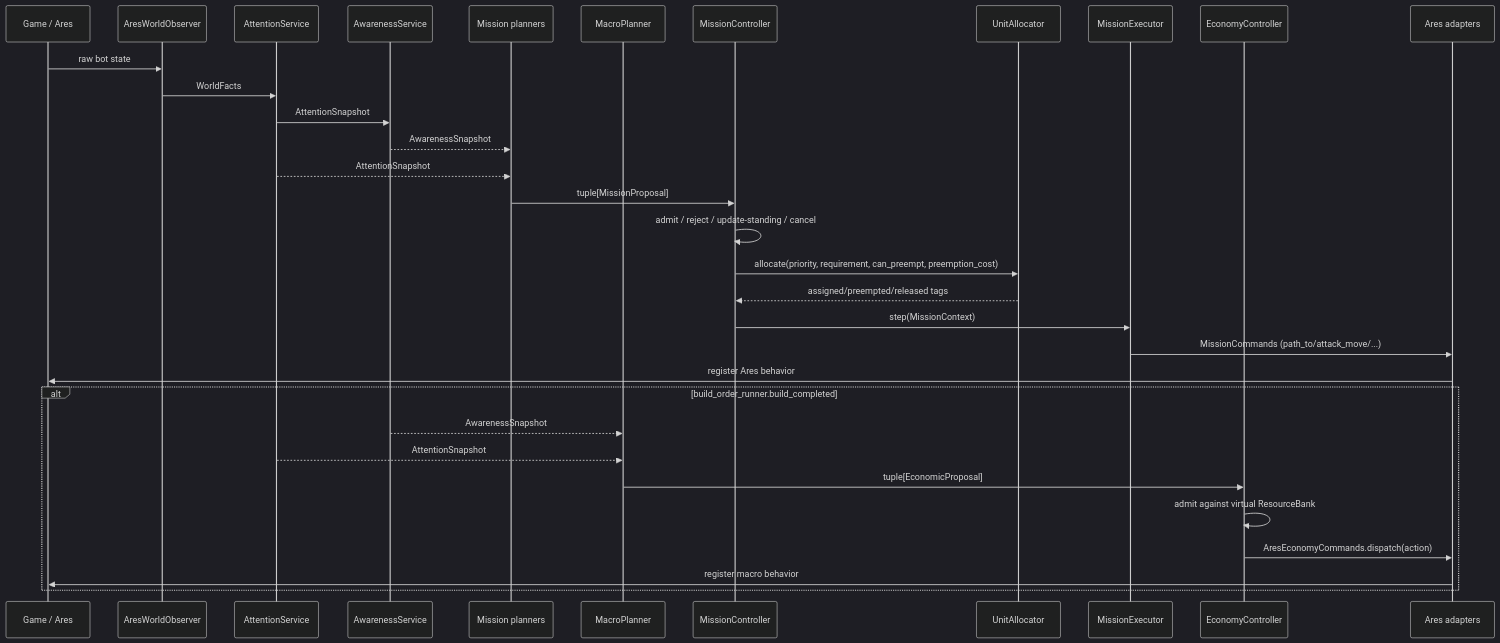
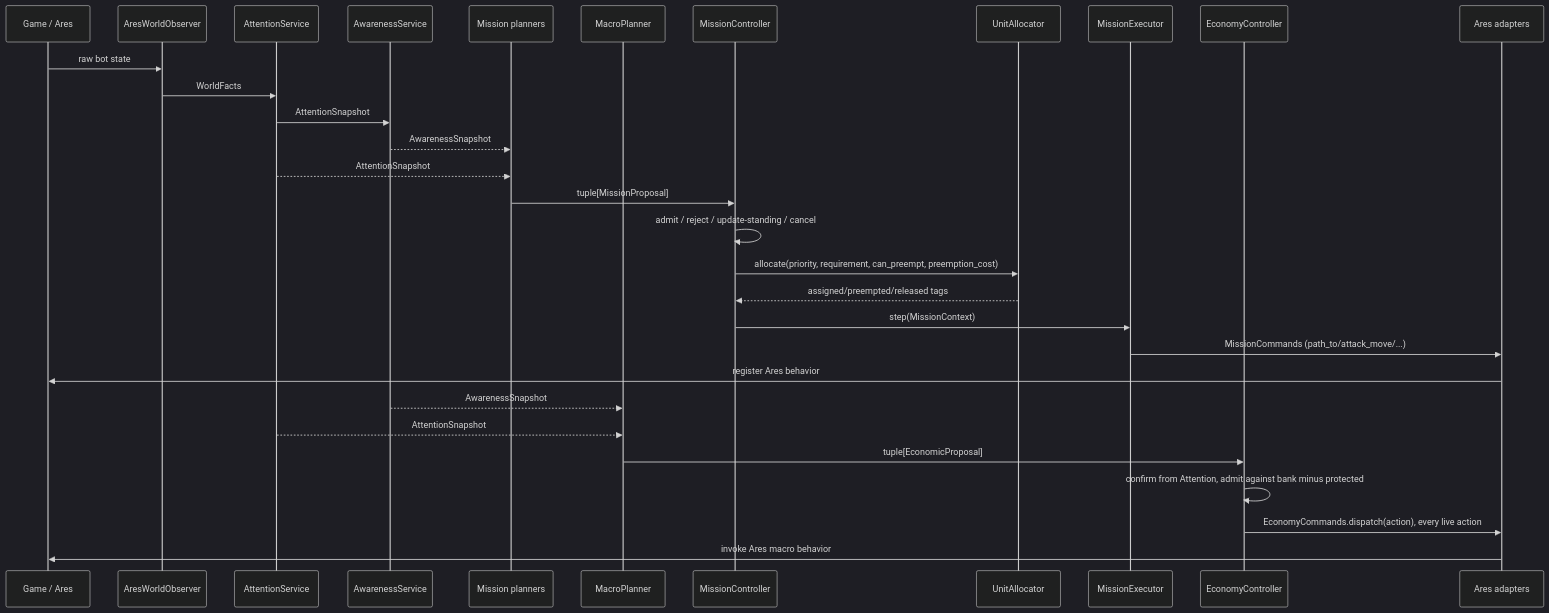
Before and after one commit to LeonardoSilvestrin/sc2bot: the first of 2 diagrams in _botdev/architecture/contracts.md, drawn with Mermaid (dark theme). The commit also changed other lines of this file and 50 other files, not shown here.

````diff
--- a/_botdev/architecture/contracts.md
+++ b/_botdev/architecture/contracts.md
@@ -87,36 +100,34 @@
 ```mermaid
 sequenceDiagram
     participant Ares as Game / Ares
     participant Obs as AresWorldObserver
     participant Att as AttentionService
     participant Awa as AwarenessService
     participant Pln as Mission planners
     participant Mac as MacroPlanner
     participant MC as MissionController
     participant Alloc as UnitAllocator
     participant Exec as MissionExecutor
     participant EC as EconomyController
     participant Cmd as Ares adapters
 
     Ares->>Obs: raw bot state
     Obs->>Att: WorldFacts
     Att->>Awa: AttentionSnapshot
     Awa-->>Pln: AwarenessSnapshot
     Att-->>Pln: AttentionSnapshot
     Pln->>MC: tuple[MissionProposal]
     MC->>MC: admit / reject / update-standing / cancel
     MC->>Alloc: allocate(priority, requirement, can_preempt, preemption_cost)
     Alloc-->>MC: assigned/preempted/released tags
     MC->>Exec: step(MissionContext)
     Exec->>Cmd: MissionCommands (path_to/attack_move/...)
     Cmd->>Ares: register Ares behavior
 
-    alt build_order_runner.build_completed
-        Awa-->>Mac: AwarenessSnapshot
-        Att-->>Mac: AttentionSnapshot
-        Mac->>EC: tuple[EconomicProposal]
-        EC->>EC: admit against virtual ResourceBank
-        EC->>Cmd: AresEconomyCommands.dispatch(action)
-        Cmd->>Ares: register macro behavior
-    end
+    Awa-->>Mac: AwarenessSnapshot
+    Att-->>Mac: AttentionSnapshot
+    Mac->>EC: tuple[EconomicProposal]
+    EC->>EC: confirm from Attention, admit against bank minus protected
+    EC->>Cmd: EconomyCommands.dispatch(action), every live action
+    Cmd->>Ares: invoke Ares macro behavior
 ```
````
